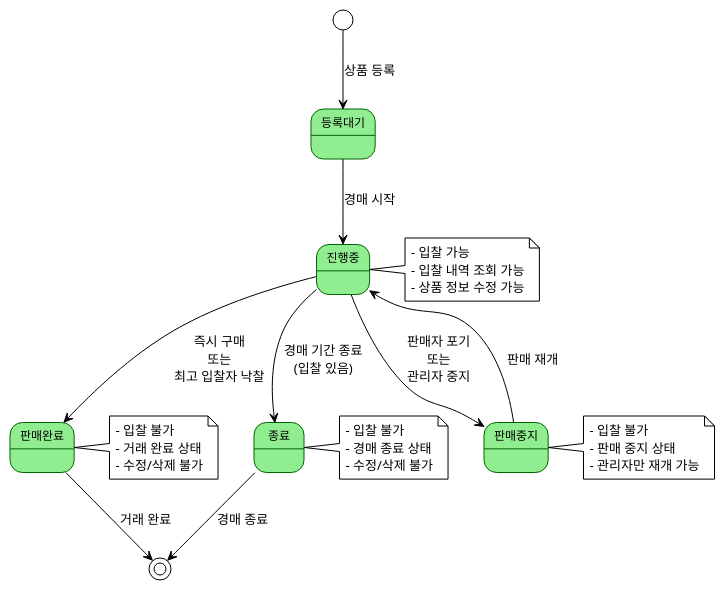
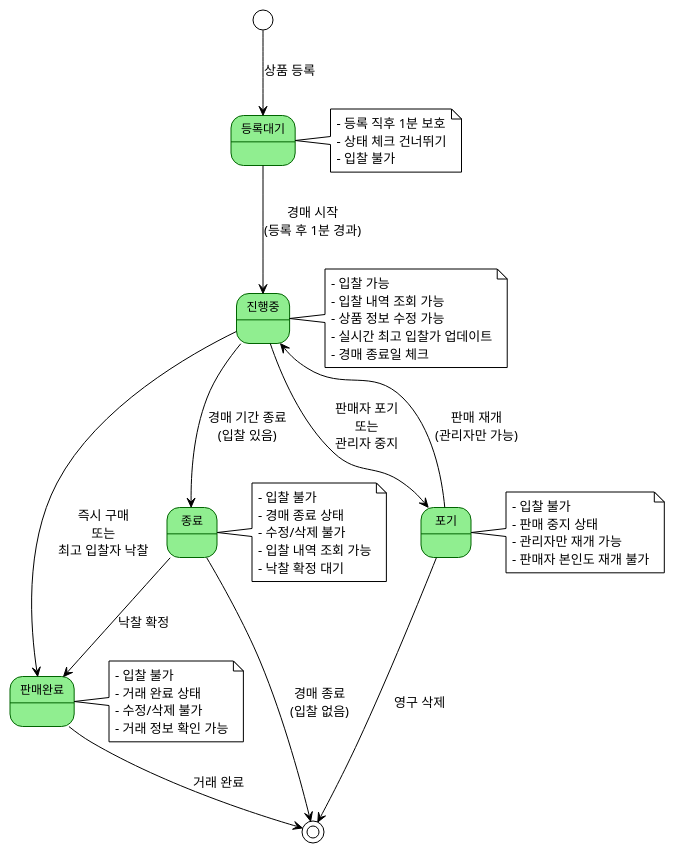
One commit to snlee1004/goldauction changed the diagram in UML/state_diagram.puml. Above: the diagram before and after it, drawn with PlantUML. The commit also changed 27 other files, not shown here.

```diff
--- a/UML/state_diagram.puml
+++ b/UML/state_diagram.puml
@@ -1,46 +1,62 @@
 @startuml 상태_다이어그램_경매_상품_상태
 !theme plain
 skinparam defaultFontName "Malgun Gothic"
 skinparam state {
     BackgroundColor LightGreen
     BorderColor DarkGreen
     FontSize 12
 }
 
 [*] --> 등록대기 : 상품 등록
 
-등록대기 --> 진행중 : 경매 시작
+등록대기 --> 진행중 : 경매 시작\n(등록 후 1분 경과)
 
 진행중 --> 판매완료 : 즉시 구매\n또는\n최고 입찰자 낙찰
 진행중 --> 종료 : 경매 기간 종료\n(입찰 있음)
-진행중 --> 판매중지 : 판매자 포기\n또는\n관리자 중지
+진행중 --> 포기 : 판매자 포기\n또는\n관리자 중지
+
+종료 --> 판매완료 : 낙찰 확정
+종료 --> [*] : 경매 종료\n(입찰 없음)
 
 판매완료 --> [*] : 거래 완료
-종료 --> [*] : 경매 종료
-판매중지 --> 진행중 : 판매 재개
+
+포기 --> 진행중 : 판매 재개\n(관리자만 가능)
+포기 --> [*] : 영구 삭제
+
+note right of 등록대기
+  - 등록 직후 1분 보호
+  - 상태 체크 건너뛰기
+  - 입찰 불가
+end note
 
 note right of 진행중
   - 입찰 가능
   - 입찰 내역 조회 가능
   - 상품 정보 수정 가능
+  - 실시간 최고 입찰가 업데이트
+  - 경매 종료일 체크
 end note
 
 note right of 판매완료
   - 입찰 불가
   - 거래 완료 상태
   - 수정/삭제 불가
+  - 거래 정보 확인 가능
 end note
 
 note right of 종료
   - 입찰 불가
   - 경매 종료 상태
   - 수정/삭제 불가
+  - 입찰 내역 조회 가능
+  - 낙찰 확정 대기
 end note
 
-note right of 판매중지
+note right of 포기
   - 입찰 불가
   - 판매 중지 상태
   - 관리자만 재개 가능
+  - 판매자 본인도 재개 불가
 end note
 
 @enduml
```
